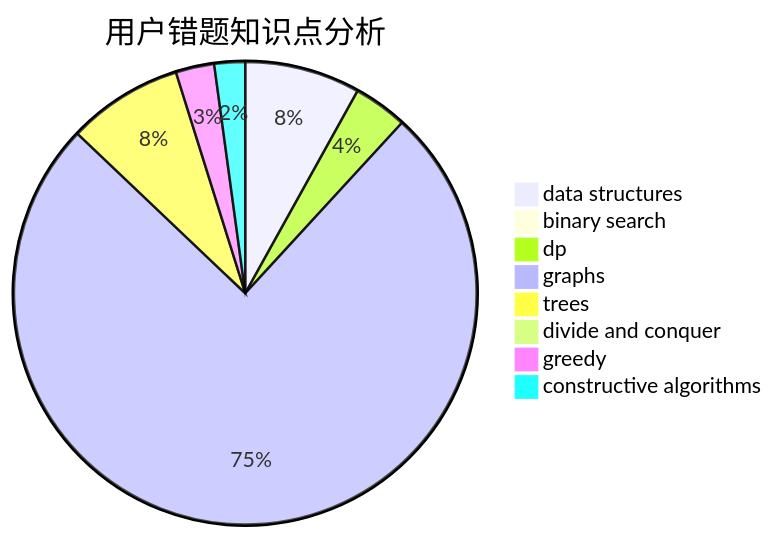
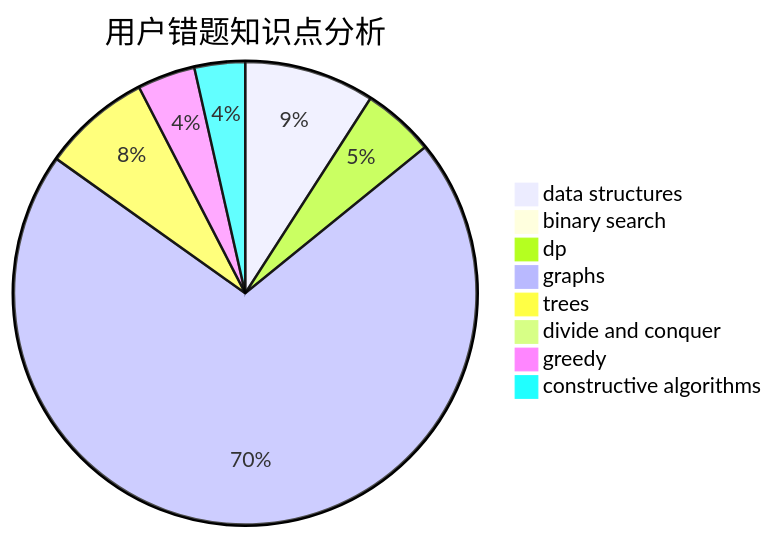
One commit to sherpahu/cfrs.github.io changed the third of 3 diagrams in docs/user/u1283.md. Above: the diagram before and after it, drawn with Mermaid. The commit also changed other lines of this file and 2770 other files, not shown here.

````diff
--- a/docs/user/u1283.md
+++ b/docs/user/u1283.md
@@ -36,11 +36,11 @@
 ```mermaid
 pie title 用户错题知识点分析
-    "data structures" :  15
+    "data structures" :  18
     "binary search" :  1
-    "dp" :  7
+    "dp" :  10
     "graphs" :  140
     "trees" :  15
     "divide and conquer" :  0
-    "greedy" :  5
-    "constructive algorithms" :  4
+    "greedy" :  8
+    "constructive algorithms" :  7
 ```
````
